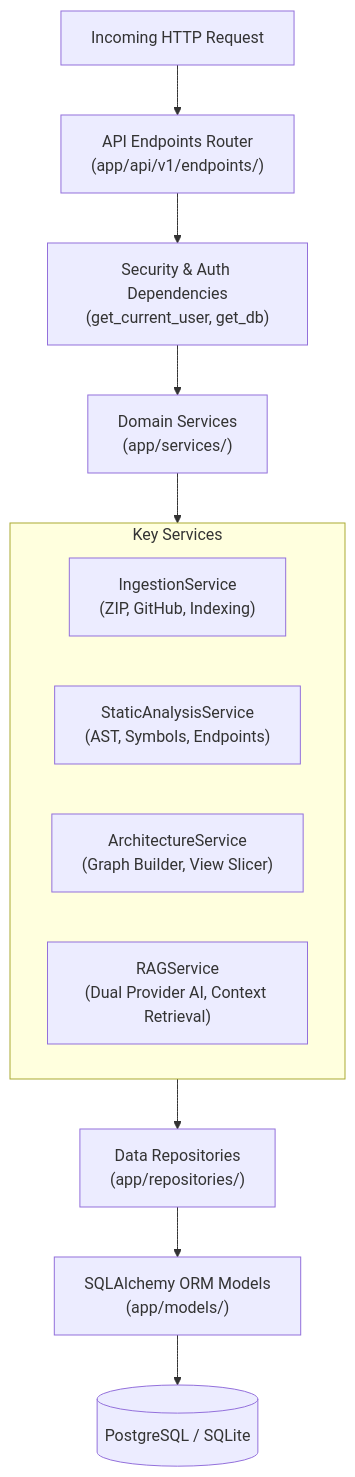
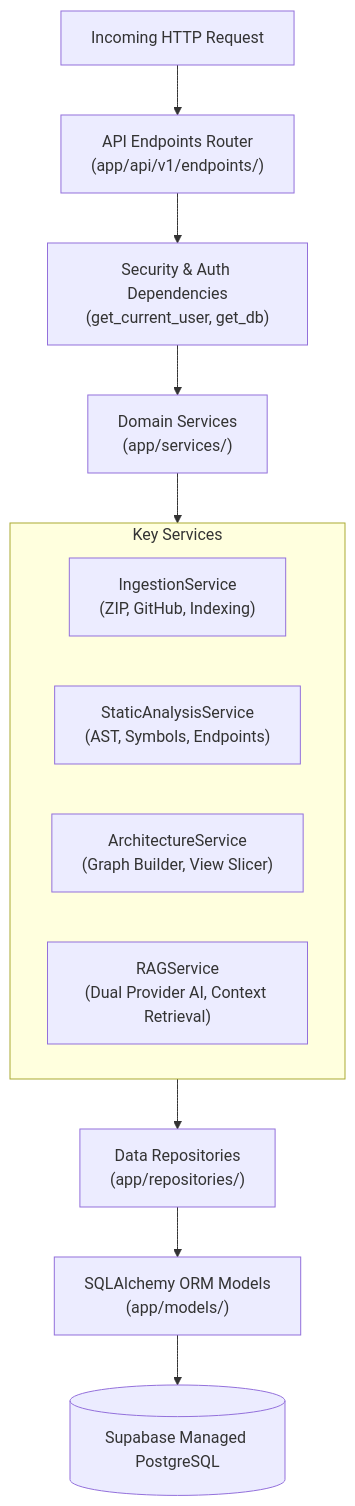
One commit to ZEESHAN0603/RepoMind-AI changed the diagram in docs/architecture/backend-architecture.md. Above: the diagram before and after it, drawn with Mermaid. The commit also changed 13 other files, not shown here.

````diff
--- a/docs/architecture/backend-architecture.md
+++ b/docs/architecture/backend-architecture.md
@@ -7,18 +7,18 @@
 ```mermaid
 flowchart TD
     Request["Incoming HTTP Request"] --> Router["API Endpoints Router\n(app/api/v1/endpoints/)"]
     Router --> AuthDeps["Security & Auth Dependencies\n(get_current_user, get_db)"]
     AuthDeps --> Services["Domain Services\n(app/services/)"]
     
     subgraph DomainServices ["Key Services"]
         IngestionService["IngestionService\n(ZIP, GitHub, Indexing)"]
         StaticAnalysisService["StaticAnalysisService\n(AST, Symbols, Endpoints)"]
         ArchitectureService["ArchitectureService\n(Graph Builder, View Slicer)"]
         RAGService["RAGService\n(Dual Provider AI, Context Retrieval)"]
     end
     
     Services --> DomainServices
     DomainServices --> Repositories["Data Repositories\n(app/repositories/)"]
     Repositories --> DBModels["SQLAlchemy ORM Models\n(app/models/)"]
-    DBModels --> Database[(PostgreSQL / SQLite)]
+    DBModels --> Database[(Supabase Managed PostgreSQL)]
 ```
````
